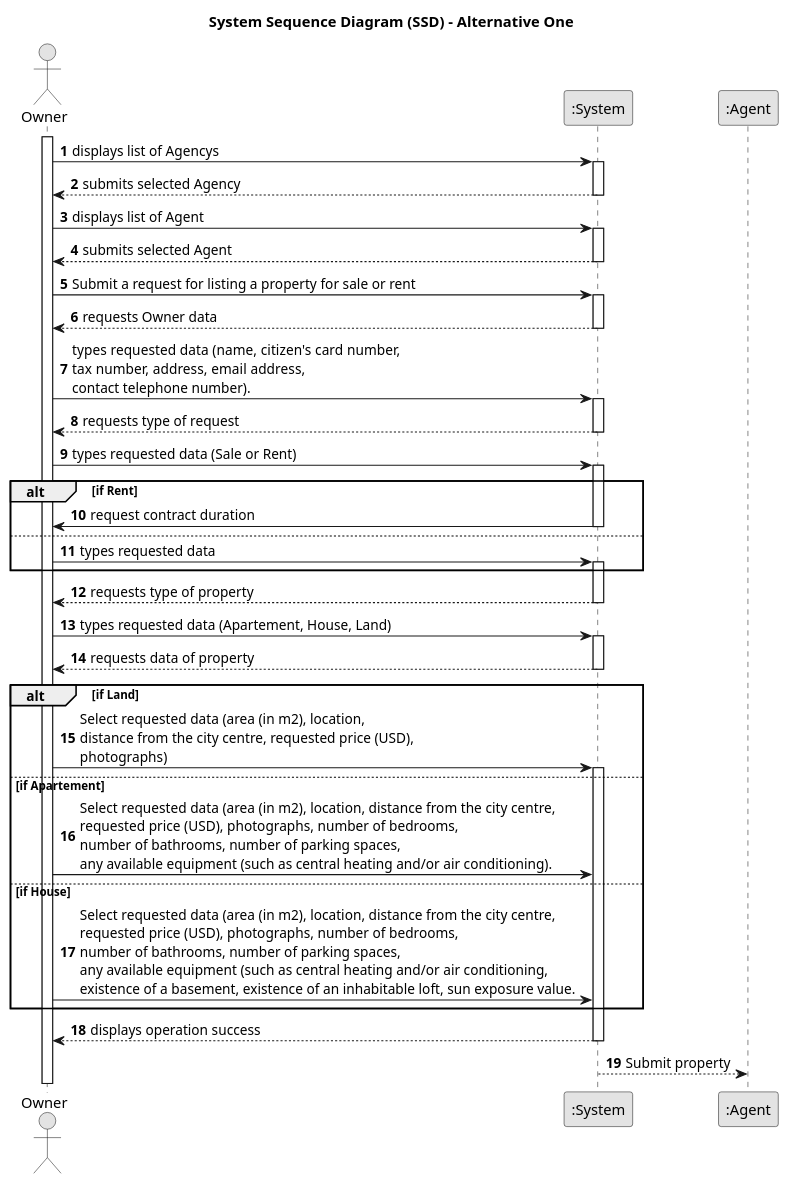
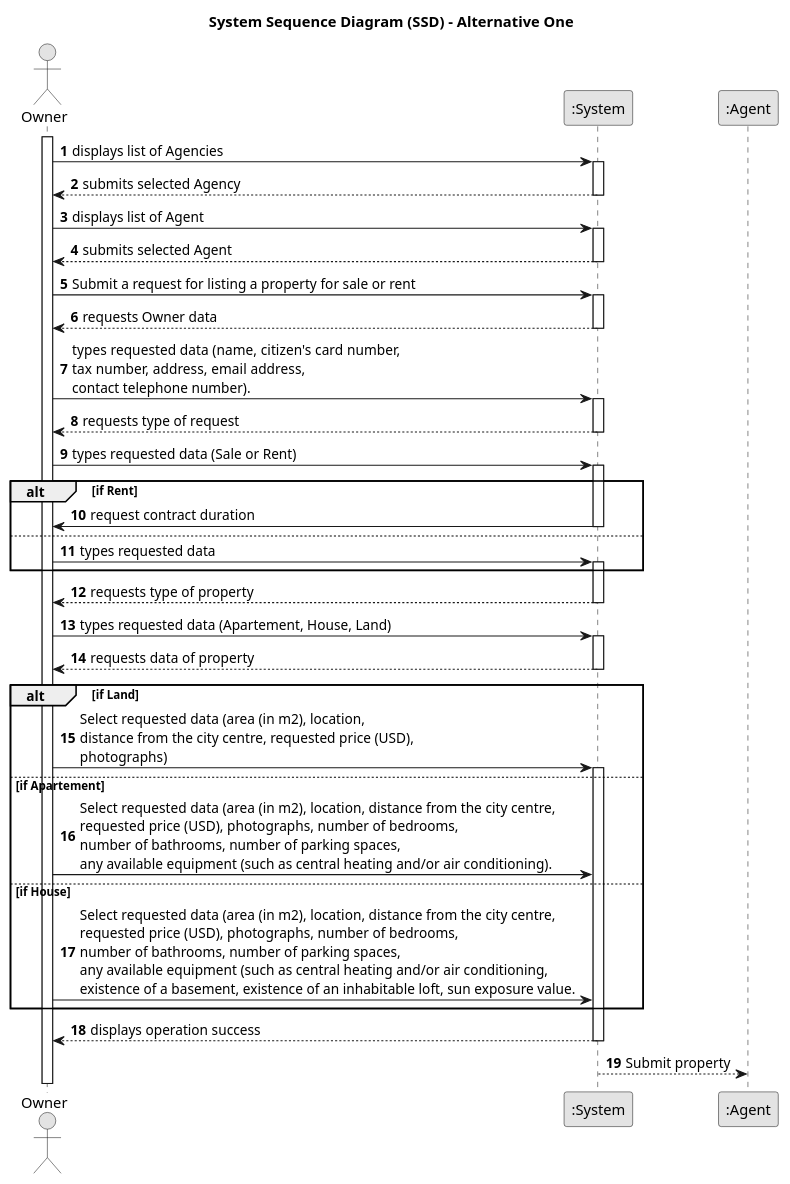
Before and after one commit to Goncalves2525/real-estate-management-system: the diagram in docs/sprintA/us004/01.requirements-engineering/puml/us004-system-sequence-diagram-alternative-one.puml, drawn with PlantUML. The commit also changed 3 other files, not shown here.

```diff
--- a/docs/sprintA/us004/01.requirements-engineering/puml/us004-system-sequence-diagram-alternative-one.puml
+++ b/docs/sprintA/us004/01.requirements-engineering/puml/us004-system-sequence-diagram-alternative-one.puml
@@ -1,79 +1,79 @@
 @startuml
 skinparam monochrome true
 skinparam packageStyle rectangle
 skinparam shadowing false
 
 title System Sequence Diagram (SSD) - Alternative One
 
 autonumber
 
 actor "Owner" as Owner
 participant ":System" as System
 participant ":Agent" as Agent
 
 activate Owner
 
-        Owner -> System : displays list of Agencys
+        Owner -> System : displays list of Agencies
     activate System
 
         System --> Owner :submits selected Agency
     deactivate System
 
         Owner -> System :displays list of Agent
      activate System
 
         System --> Owner: submits selected Agent
      deactivate System
 
         Owner -> System : Submit a request for listing a property for sale or rent
     activate System
 
         System --> Owner : requests Owner data
     deactivate System
 
         Owner -> System : types requested data (name, citizen's card number, \ntax number, address, email address, \ncontact telephone number).
     activate System
 
         System --> Owner : requests type of request
     deactivate System
 
 
         Owner -> System : types requested data (Sale or Rent)
     activate System
 
 
     alt if Rent
 
         System -> Owner: request contract duration
         deactivate System
     else
         Owner -> System: types requested data
         activate System
     end
 
         System --> Owner : requests type of property
     deactivate System
 
         Owner -> System : types requested data (Apartement, House, Land)
     activate System
 
             System --> Owner : requests data of property
     deactivate System
 
     alt if Land
 
         Owner -> System: Select requested data (area (in m2), location, \ndistance from the city centre, requested price (USD), \nphotographs)
     activate System
     else if Apartement
         Owner -> System: Select requested data (area (in m2), location, distance from the city centre, \nrequested price (USD), photographs, number of bedrooms,\nnumber of bathrooms, number of parking spaces,\nany available equipment (such as central heating and/or air conditioning).
     else if House
         Owner -> System: Select requested data (area (in m2), location, distance from the city centre, \nrequested price (USD), photographs, number of bedrooms,\nnumber of bathrooms, number of parking spaces,\nany available equipment (such as central heating and/or air conditioning, \nexistence of a basement, existence of an inhabitable loft, sun exposure value.
     end
 
         System --> Owner : displays operation success
     deactivate System
 
         System --> Agent : Submit property
     deactivate System
 
 @enduml
```
